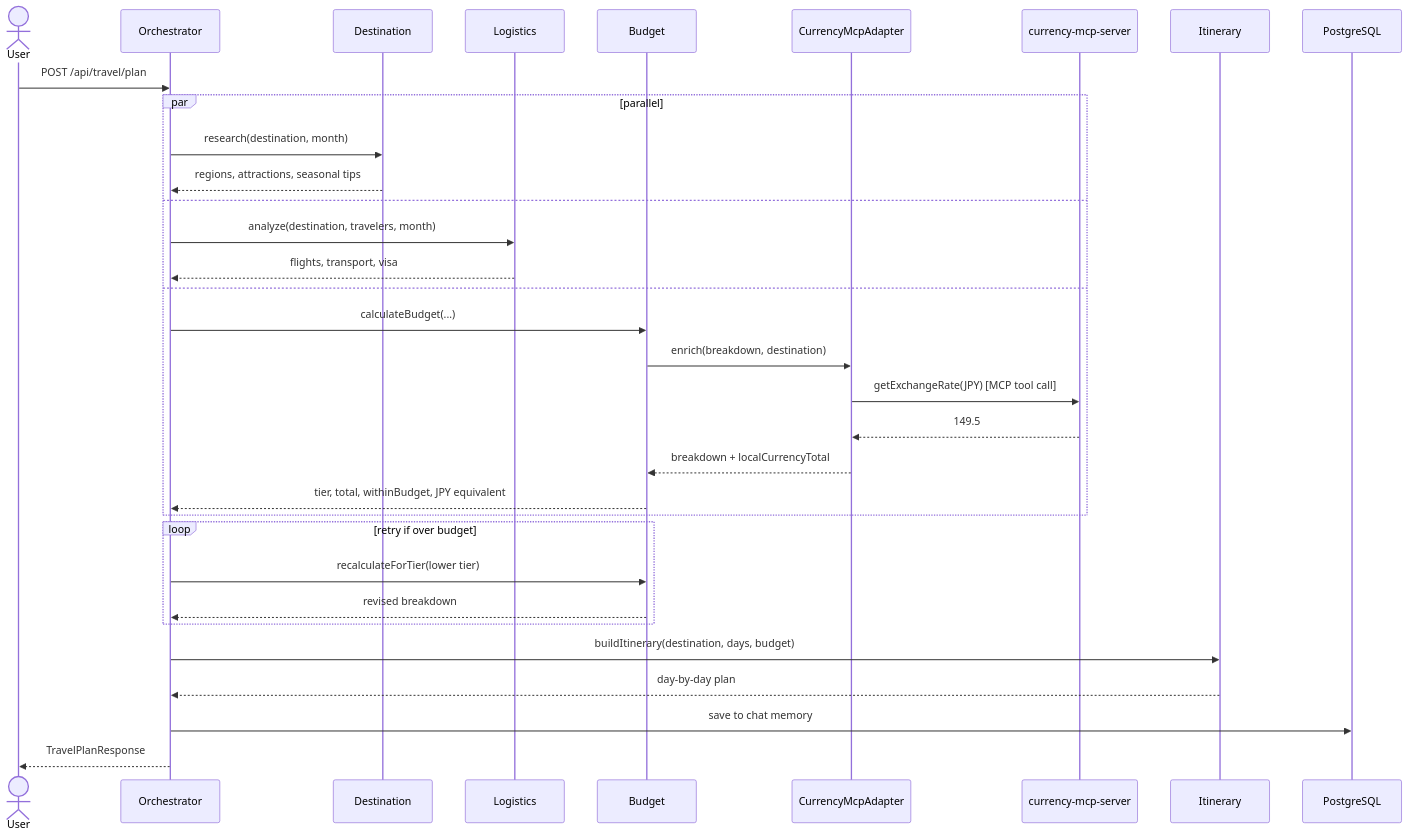
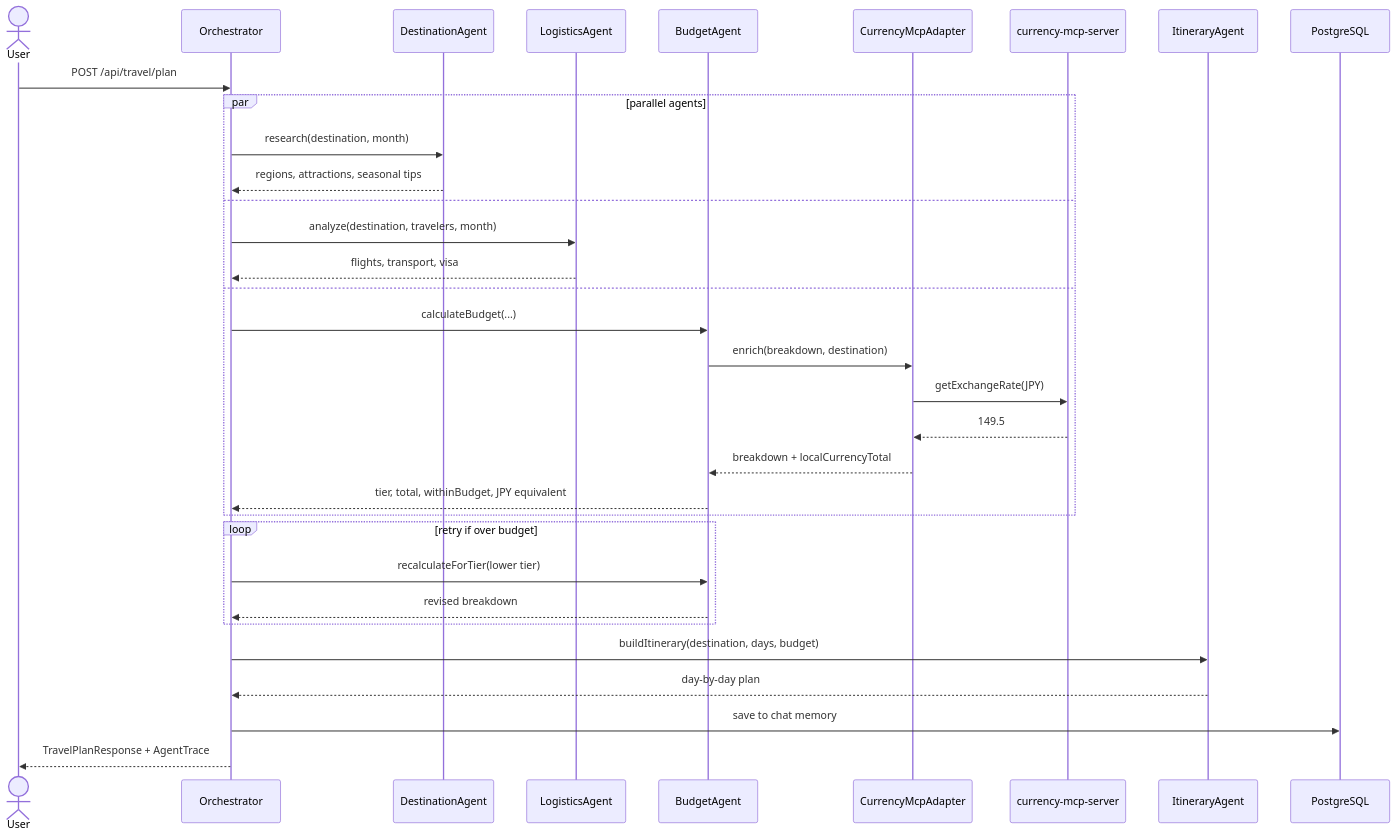
Before and after one commit to venkykumar/springai-advanced-travel-planner: the diagram in README.md, drawn with Mermaid. The commit also changed other lines of this file, not shown here.

````diff
--- a/README.md
+++ b/README.md
@@ -129,40 +236,40 @@
 ```mermaid
 sequenceDiagram
     actor User
     participant O as Orchestrator
-    participant D as Destination
-    participant L as Logistics
-    participant B as Budget
+    participant D as DestinationAgent
+    participant L as LogisticsAgent
+    participant B as BudgetAgent
     participant C as CurrencyMcpAdapter
     participant MCP as currency-mcp-server
-    participant I as Itinerary
+    participant I as ItineraryAgent
     participant DB as PostgreSQL
 
     User->>O: POST /api/travel/plan
 
-    par parallel
+    par parallel agents
         O->>D: research(destination, month)
         D-->>O: regions, attractions, seasonal tips
     and
         O->>L: analyze(destination, travelers, month)
         L-->>O: flights, transport, visa
     and
         O->>B: calculateBudget(...)
         B->>C: enrich(breakdown, destination)
-        C->>MCP: getExchangeRate(JPY) [MCP tool call]
+        C->>MCP: getExchangeRate(JPY)
         MCP-->>C: 149.5
         C-->>B: breakdown + localCurrencyTotal
         B-->>O: tier, total, withinBudget, JPY equivalent
     end
 
     loop retry if over budget
         O->>B: recalculateForTier(lower tier)
         B-->>O: revised breakdown
     end
 
     O->>I: buildItinerary(destination, days, budget)
     I-->>O: day-by-day plan
 
     O->>DB: save to chat memory
-    O-->>User: TravelPlanResponse
+    O-->>User: TravelPlanResponse + AgentTrace
 ```
````
